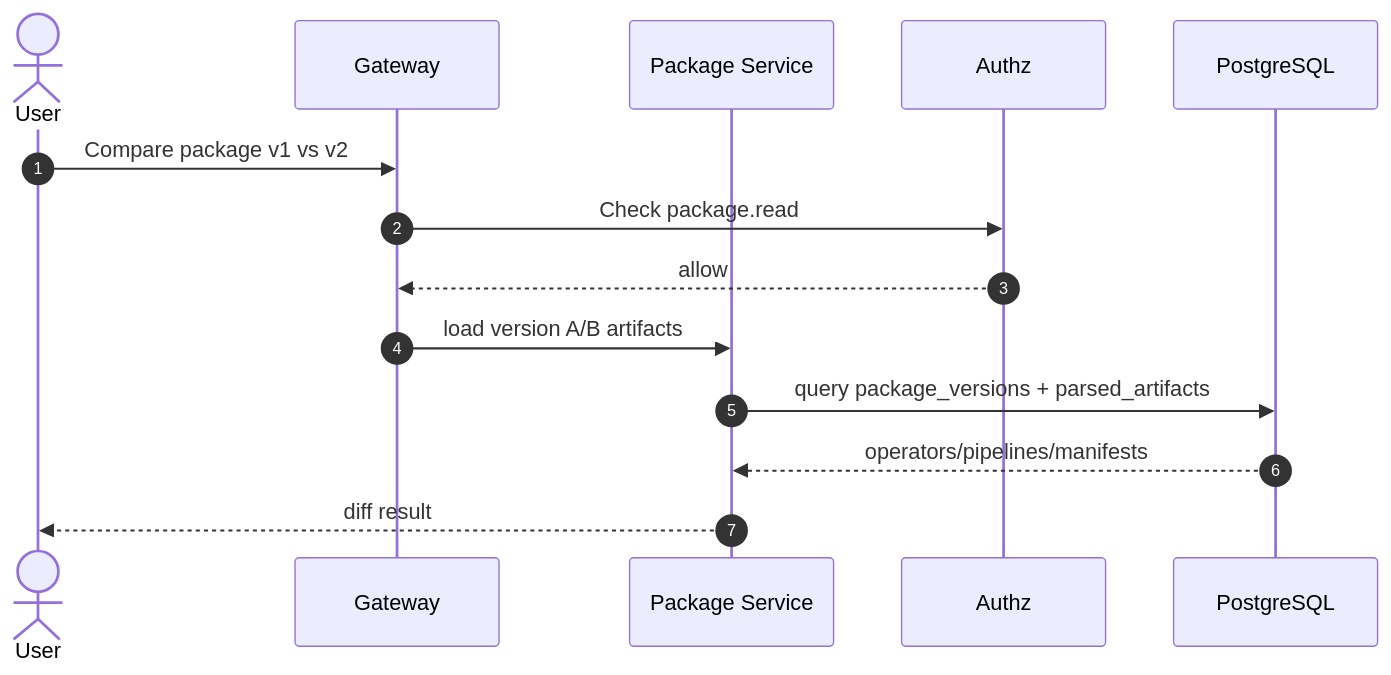
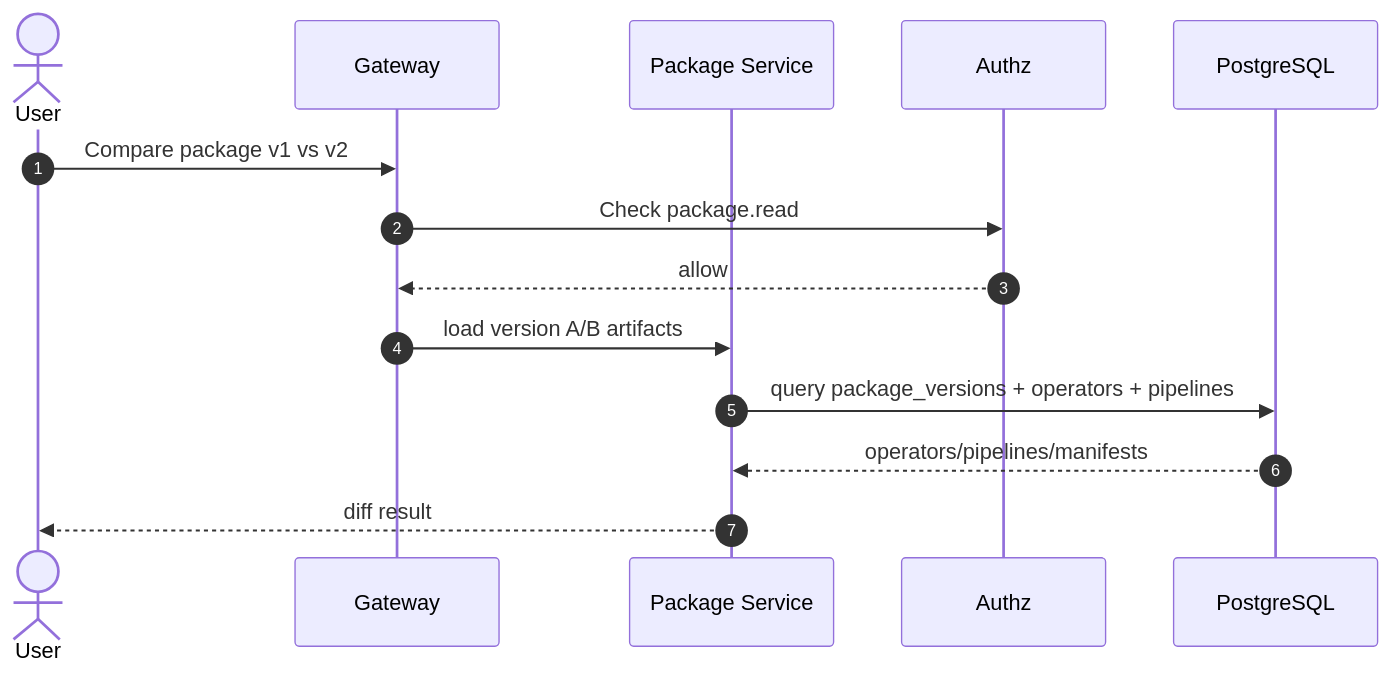
Before and after one commit to OriginHubAI/dcai-demo-platform: the seventh of 8 diagrams in docs/auth-design/user-organization-auth-system-design-zh.md, drawn with Mermaid. The commit also changed other lines of this file, not shown here.

````diff
--- a/docs/auth-design/user-organization-auth-system-design-zh.md
+++ b/docs/auth-design/user-organization-auth-system-design-zh.md
@@ -864,17 +1199,17 @@
 ```mermaid
 sequenceDiagram
     autonumber
     actor U as User
     participant G as Gateway
     participant P as Package Service
     participant Z as Authz
     participant DB as PostgreSQL
 
     U->>G: Compare package v1 vs v2
     G->>Z: Check package.read
     Z-->>G: allow
     G->>P: load version A/B artifacts
-    P->>DB: query package_versions + parsed_artifacts
+    P->>DB: query package_versions + operators + pipelines
     DB-->>P: operators/pipelines/manifests
     P-->>U: diff result
 ```
````
